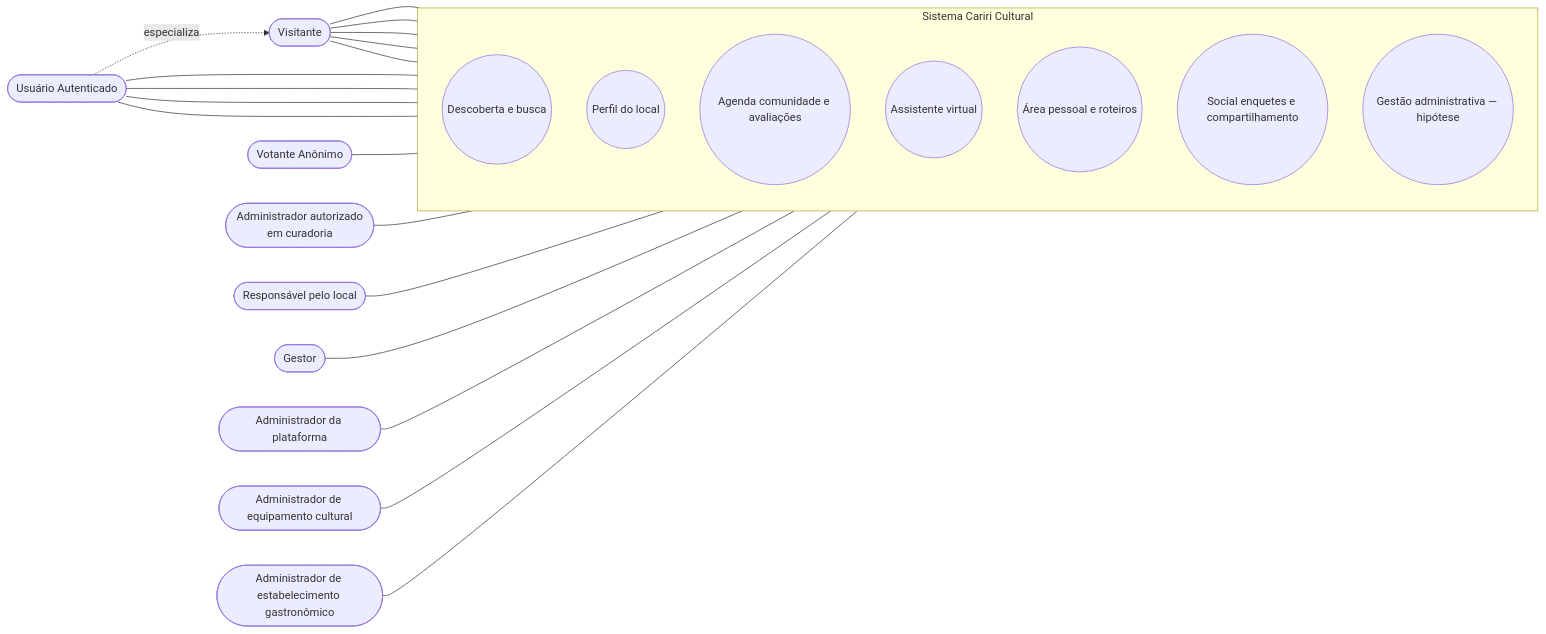
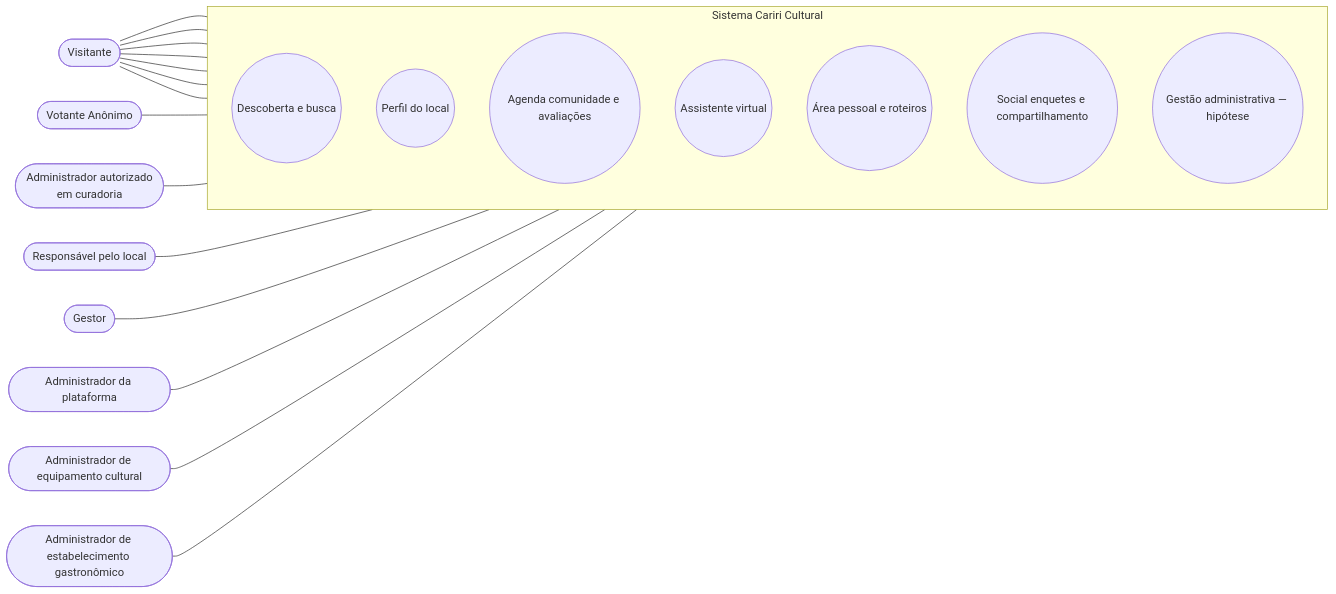
One commit to alan-mendes-ufca/CaririCultural changed the first of 13 diagrams in home/user-cases/use-cases-diagram.md. Above: the diagram before and after it, drawn with Mermaid. The commit also changed other lines of this file, not shown here.

Commit message:
docs: refactor `use cases diagrams`

````diff
--- a/home/user-cases/use-cases-diagram.md
+++ b/home/user-cases/use-cases-diagram.md
@@ -10,39 +10,34 @@
 ```mermaid
 flowchart LR
     %% Atores
     V([Visitante])
-    U([Usuário Autenticado])
     VA([Votante Anônimo])
     G([Gestor])
     ADM([Administrador autorizado<br/>em curadoria])
     RESP([Responsável pelo local])
     APL([Administrador da plataforma])
     AEC([Administrador de equipamento cultural])
     AEG([Administrador de estabelecimento gastronômico])
 
     %% Fronteira do Sistema
     subgraph CC [Sistema Cariri Cultural]
         direction TB
         C1((Descoberta e busca))
         C2((Perfil do local))
         C3((Agenda comunidade e avaliações))
         C4((Assistente virtual))
         C5((Área pessoal e roteiros))
         C6((Social enquetes e compartilhamento))
         C7((Gestão administrativa — hipótese))
     end
 
     %% Relações Ator -> Agrupamento
-    V --- C1 & C2 & C3 & C4 & C6
-    U --- C3 & C5 & C6 & C7
+    V --- C1 & C2 & C3 & C4 & C5 & C6 & C7
     VA --- C6
     ADM --- C3
     RESP --- C3
     G --- C7
     APL --- C7
     AEC --- C7
     AEG --- C7
-
-    %% Especialização
-    U -.->|especializa| V
 ```
````
